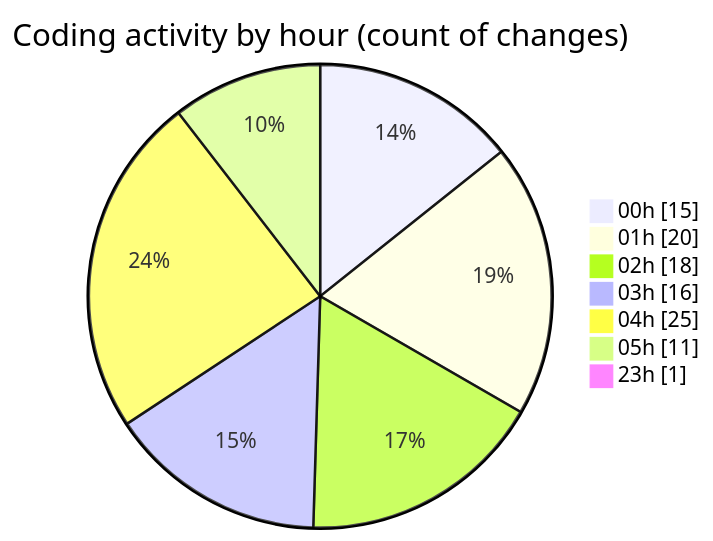
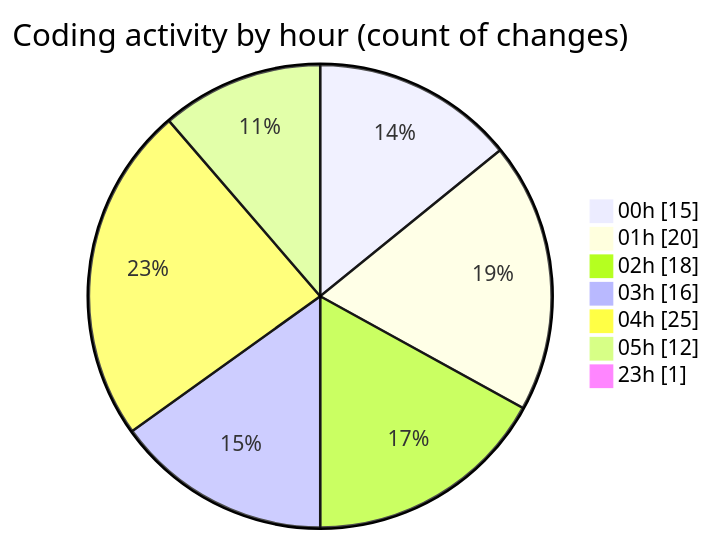
Before and after one commit to lephambinh05/code-tracking: the second of 2 diagrams in 2025-08-04/studybuddy/README.md, drawn with Mermaid. The commit also changed other lines of this file and 1 other file, not shown here.

````diff
--- a/2025-08-04/studybuddy/README.md
+++ b/2025-08-04/studybuddy/README.md
@@ -56,11 +56,11 @@
 ```mermaid
 pie showData
 title Coding activity by hour (count of changes)
 "00h" : 15
 "01h" : 20
 "02h" : 18
 "03h" : 16
 "04h" : 25
-"05h" : 11
+"05h" : 12
 "23h" : 1
 ```
````
